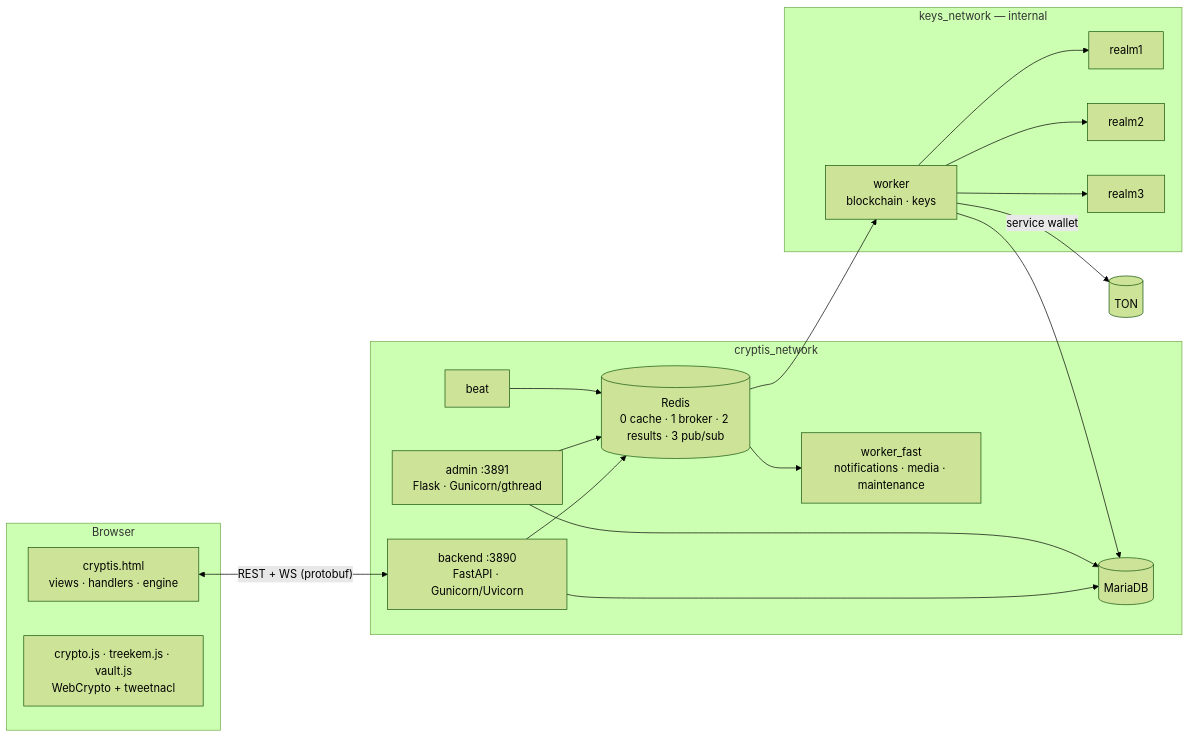
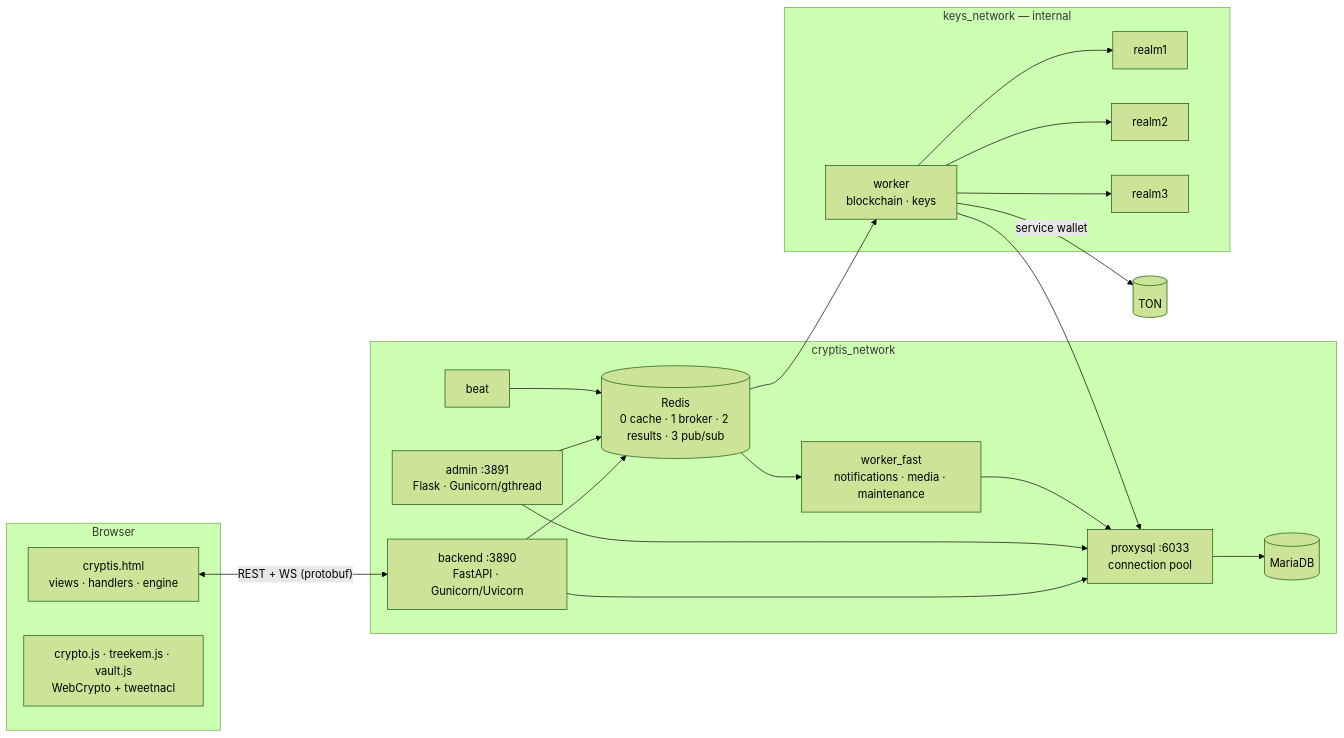
Before and after one commit to AleynikovAleksandr/CryptisDchat_project: the diagram in README.md, drawn with Mermaid (forest theme). The commit also changed other lines of this file and 36 other files, not shown here.

````diff
--- a/README.md
+++ b/README.md
@@ -162,28 +164,30 @@
 ```mermaid
 flowchart LR
   subgraph client[Browser]
     UI[cryptis.html<br/>views · handlers · engine]
     LIB[crypto.js · treekem.js · vault.js<br/>WebCrypto + tweetnacl]
   end
   subgraph public[cryptis_network]
     API[backend :3890<br/>FastAPI · Gunicorn/Uvicorn]
     ADM[admin :3891<br/>Flask · Gunicorn/gthread]
     R[(Redis<br/>0 cache · 1 broker · 2 results · 3 pub/sub)]
+    PX[proxysql :6033<br/>connection pool]
     DB[(MariaDB)]
     WF[worker_fast<br/>notifications · media · maintenance]
     BEAT[beat]
   end
   subgraph keys[keys_network — internal]
     W[worker<br/>blockchain · keys]
     R1[realm1] & R2[realm2] & R3[realm3]
   end
   TON[(TON)]
   UI <-- REST + WS (protobuf) --> API
-  API --> DB & R
-  ADM --> DB & R
+  API --> PX & R
+  ADM --> PX & R
+  PX --> DB
   R --> W & WF
   BEAT --> R
-  W --> DB
+  W & WF --> PX
   W -- service wallet --> TON
   W --> R1 & R2 & R3
 ```
````
